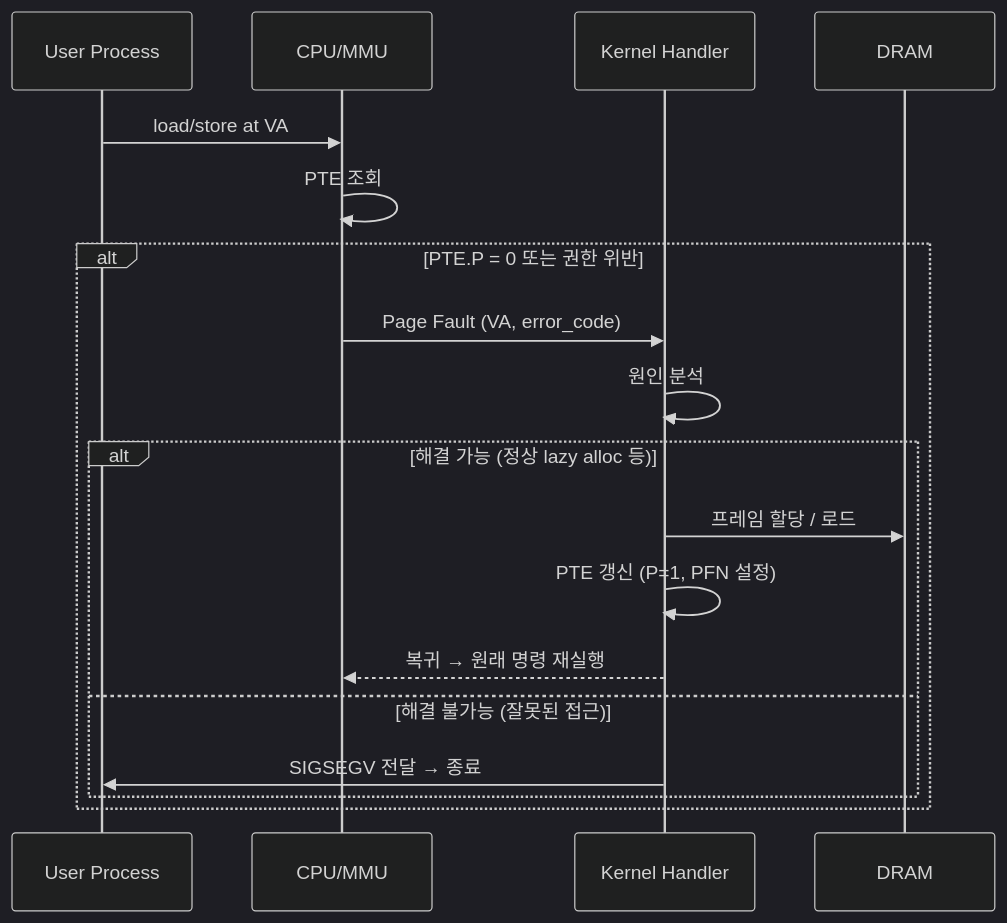
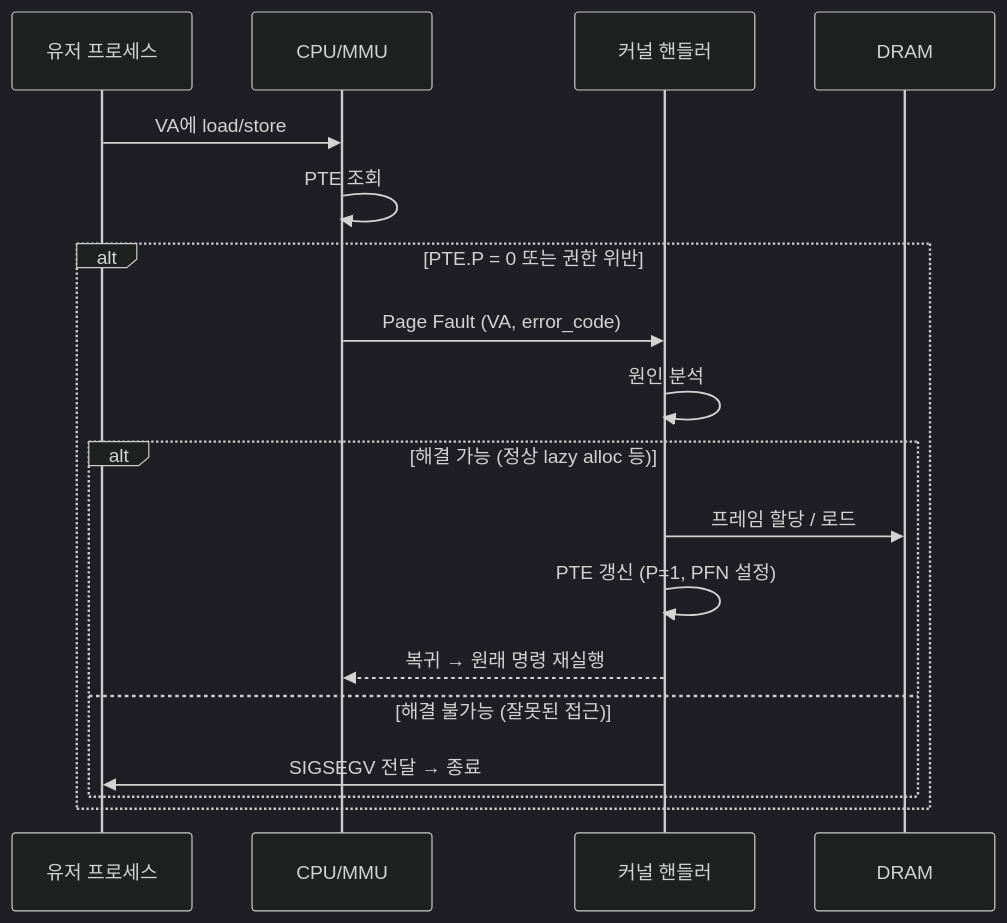
The first of 2 diagrams in docs/blog/concepts/07-page-fault-and-demand-paging.md (Jungle-12-303/wk07_6), drawn with Mermaid (dark theme) before and after one commit. The commit also changed other lines of this file and 26 other files, not shown here.

First line of the commit message:
docs: 블로그 소제목·Mermaid·ASCII 박스 가독성 정비

````diff
--- a/docs/blog/concepts/07-page-fault-and-demand-paging.md
+++ b/docs/blog/concepts/07-page-fault-and-demand-paging.md
@@ -9,20 +9,20 @@
 ```mermaid
 sequenceDiagram
-    participant UP as User Process
+    participant UP as 유저 프로세스
     participant CPU as CPU/MMU
-    participant K as Kernel Handler
+    participant K as 커널 핸들러
     participant DRAM
-    UP->>CPU: load/store at VA
+    UP->>CPU: VA에 load/store
     CPU->>CPU: PTE 조회
     alt PTE.P = 0 또는 권한 위반
         CPU->>K: Page Fault (VA, error_code)
         K->>K: 원인 분석
         alt 해결 가능 (정상 lazy alloc 등)
             K->>DRAM: 프레임 할당 / 로드
             K->>K: PTE 갱신 (P=1, PFN 설정)
             K-->>CPU: 복귀 → 원래 명령 재실행
         else 해결 불가능 (잘못된 접근)
             K->>UP: SIGSEGV 전달 → 종료
         end
     end
 ```
````
